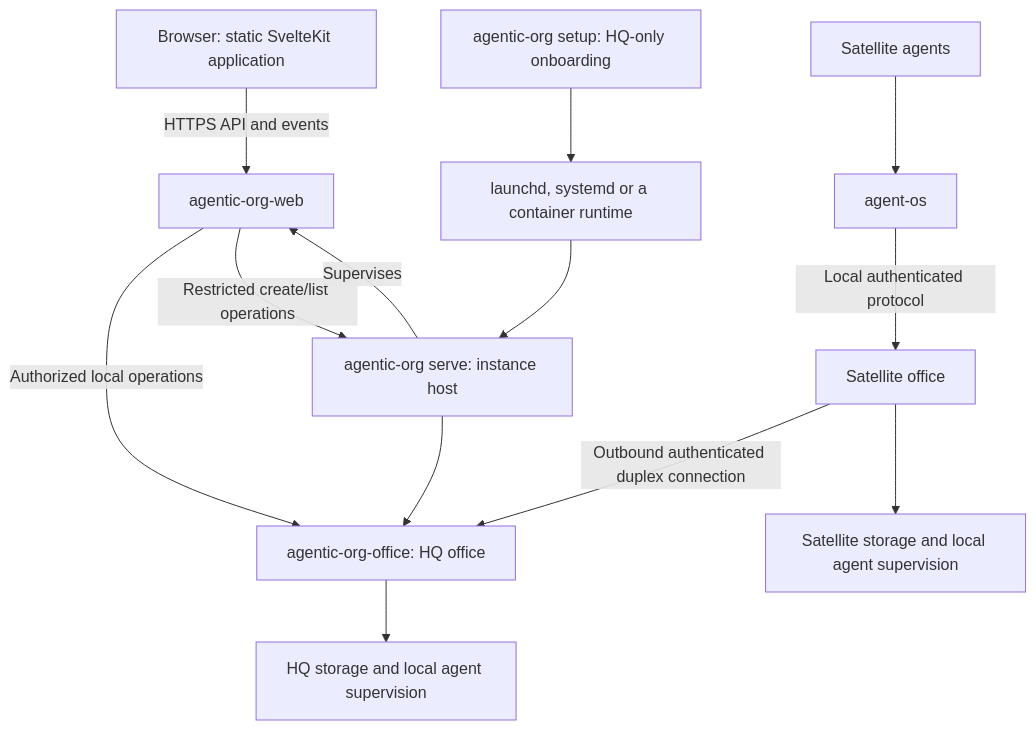
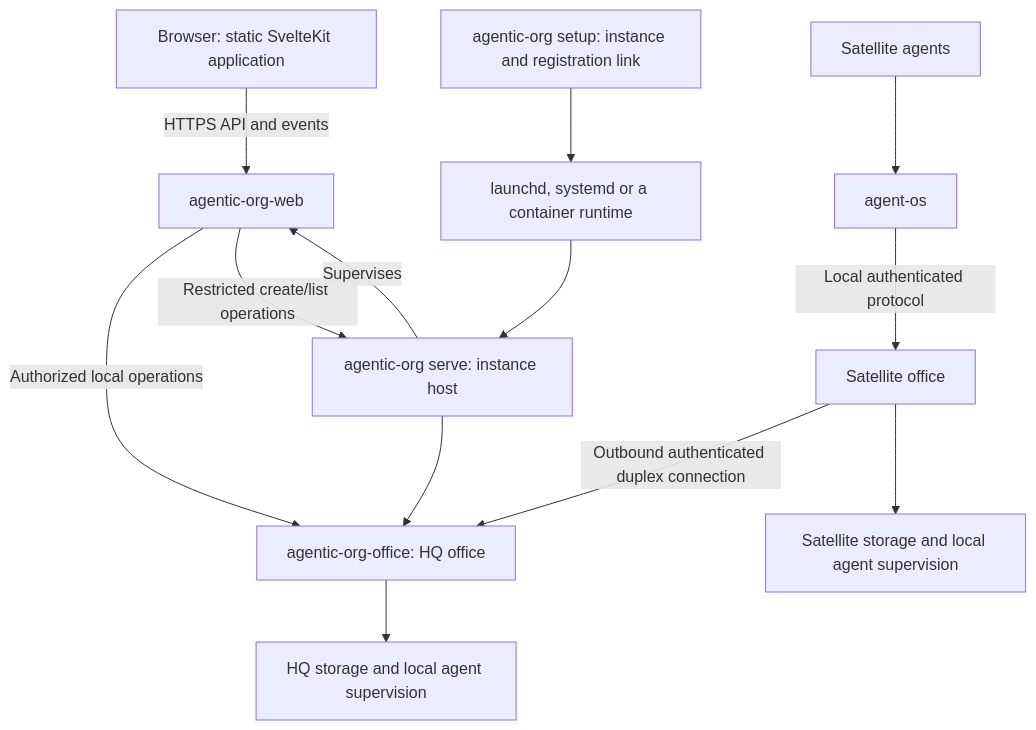
The diagram in docs/design/standalone-server.md (vgmello/agentic-org), drawn with Mermaid before and after one commit. The commit also changed other lines of this file, not shown here.

First line of the commit message:
docs(design): standalone setup creates the instance and prints a registration link

````diff
--- a/docs/design/standalone-server.md
+++ b/docs/design/standalone-server.md
@@ -15,15 +15,15 @@
 ```mermaid
 flowchart TD
     Browser[Browser: static SvelteKit application] -->|HTTPS API and events| Web[agentic-org-web]
     Web -->|Authorized local operations| HQ[agentic-org-office: HQ office]
     Web -->|Restricted create/list operations| Instance
     HQ --> HQWork[HQ storage and local agent supervision]
     Sat[Satellite office] -->|Outbound authenticated duplex connection| HQ
     Sat --> SatWork[Satellite storage and local agent supervision]
     Agents[Satellite agents] --> CLI[agent-os]
     CLI -->|Local authenticated protocol| Sat
     OS[launchd, systemd or a container runtime] --> Instance[agentic-org serve: instance host]
     Instance --> HQ
     Instance -->|Supervises| Web
-    Setup[agentic-org setup: HQ-only onboarding] --> OS
+    Setup[agentic-org setup: instance and registration link] --> OS
 ```
````
